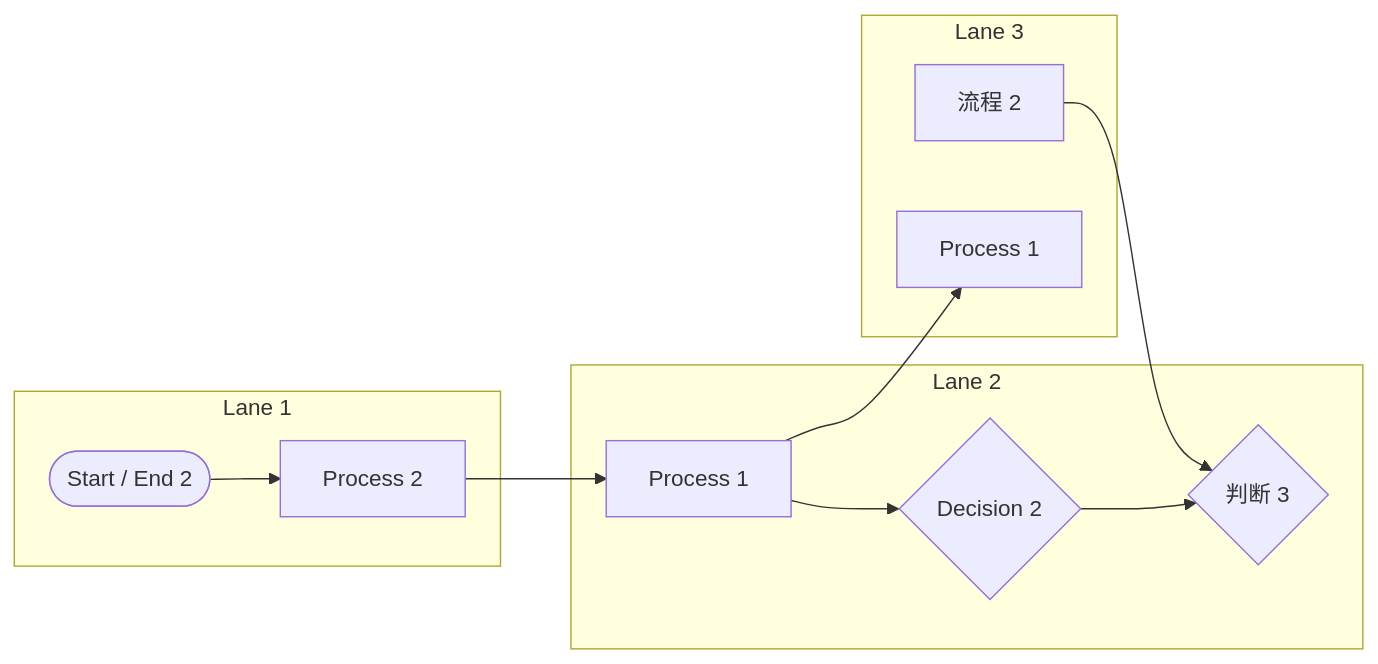
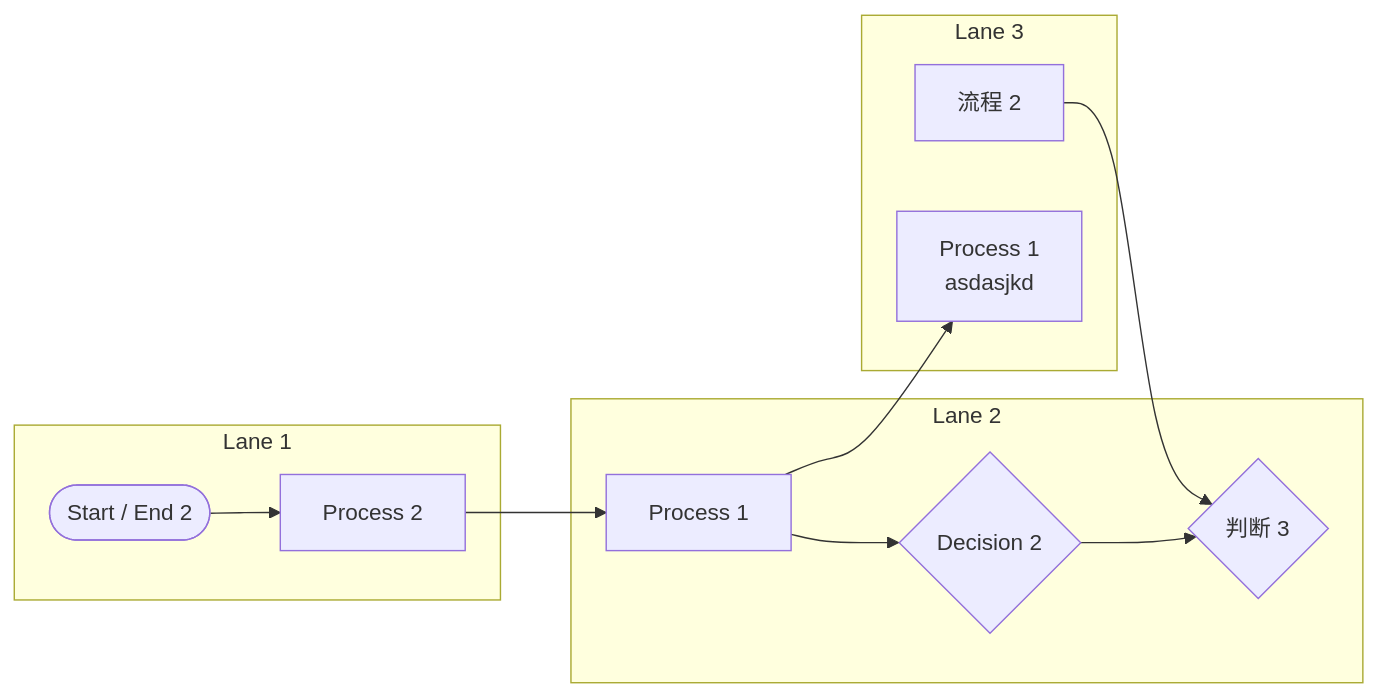
One commit to pingpm/mermaid_vault changed the diagram in mmd/123_9b882ae4-c4df-432b-9e50-9fb05b2c95e5.mmd. Above: the diagram before and after it, drawn with Mermaid. The commit also changed 2 other files, not shown here.

Commit message:
Sync Mermaid Studio data (14 diagrams)

```diff
--- a/mmd/123_9b882ae4-c4df-432b-9e50-9fb05b2c95e5.mmd
+++ b/mmd/123_9b882ae4-c4df-432b-9e50-9fb05b2c95e5.mmd
@@ -1,22 +1,22 @@
 flowchart LR
   subgraph lane_0["Lane 1"]
     t_0["Process 2"]
     t_1(["Start / End 2"])
   end
   subgraph lane_1["Lane 2"]
     t_2{"Decision 2"}
     %% [tag:existing] 已有 | 阿斯顿撒娇看了大姐撒开
     t_3["Process 1"]
     t_4{"判断 3"}
   end
   subgraph lane_2["Lane 3"]
     t_5["流程 2"]
-    t_6["Process 1"]
+    t_6["Process 1<br/>asdasjkd"]
     %% [tag:other] 其他 | 2为企鹅12312321
   end
   t_1 --> t_0
   t_0 --> t_3
   t_3 --> t_2
   t_3 --> t_6
   t_5 --> t_4
   t_2 --> t_4
```
